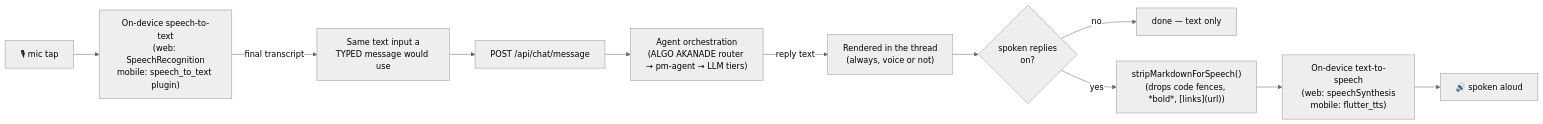
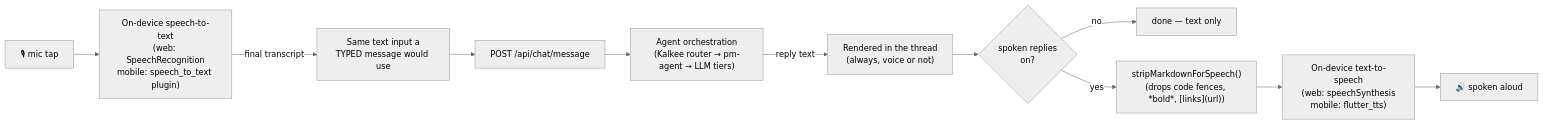
Before and after one commit to quantum-coder-732/mhRaaga: the fifth of 9 diagrams in docs/kalkee/kalkee/README.md, drawn with Mermaid (neutral theme). The commit also changed other lines of this file and 174 other files, not shown here.

Commit message:
Docs as HTML site at /docs (66 pages, search, diagrams, dark mode, phone layout); how-it-works and all-agents pages; remove Akanade copy of docs, product named Kalkee; remove stale how-it-works.html

````diff
--- a/docs/kalkee/kalkee/README.md
+++ b/docs/kalkee/kalkee/README.md
@@ -474,13 +474,13 @@
 ```mermaid
 flowchart LR
     Mic["🎙 mic tap"] --> STT["On-device speech-to-text\n(web: SpeechRecognition\nmobile: speech_to_text plugin)"]
     STT -- "final transcript" --> Box["Same text input a\nTYPED message would use"]
     Box --> ChatAPI["POST /api/chat/message"]
-    ChatAPI --> Agent["Agent orchestration\n(ALGO AKANADE router → pm-agent → LLM tiers)"]
+    ChatAPI --> Agent["Agent orchestration\n(Kalkee router → pm-agent → LLM tiers)"]
     Agent -- "reply text" --> Render["Rendered in the thread\n(always, voice or not)"]
     Render --> Toggle{"spoken replies\non?"}
     Toggle -- no --> Done["done — text only"]
     Toggle -- yes --> Strip["stripMarkdownForSpeech()\n(drops code fences, *bold*, [links](url))"]
     Strip --> TTS["On-device text-to-speech\n(web: speechSynthesis\nmobile: flutter_tts)"]
     TTS --> Speaker["🔊 spoken aloud"]
 ```
````
